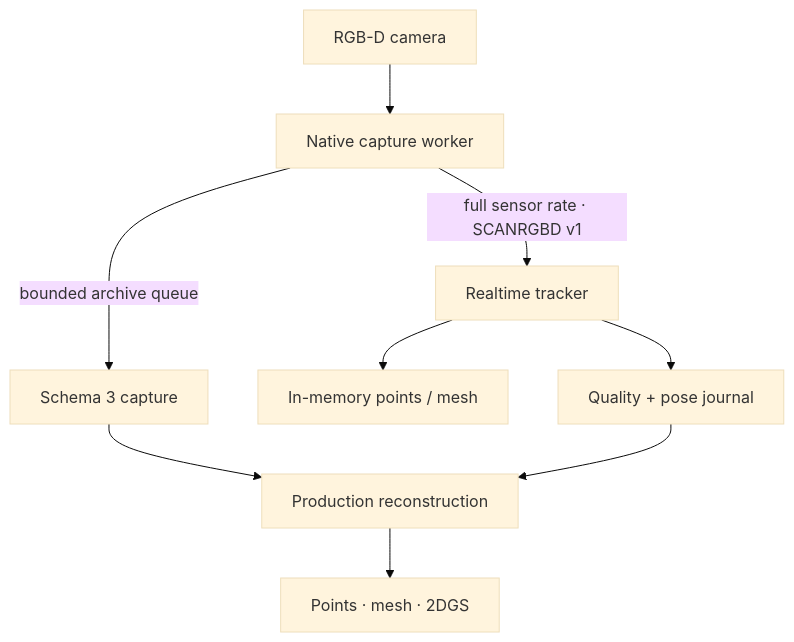
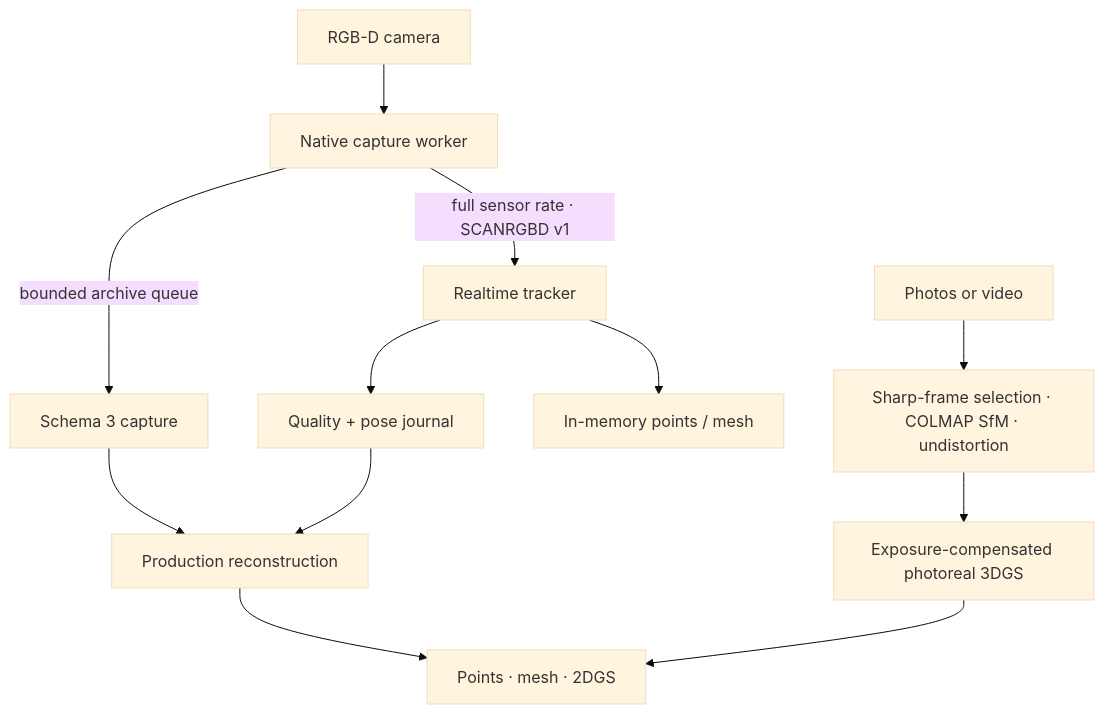
The diagram in README.md (benkuper/ScanLan), drawn with Mermaid (base theme) before and after one commit. The commit also changed other lines of this file and 63 other files, not shown here.

Commit message:
improved mesh and texturing, 2D/2D GS, project management, photos/video

````diff
--- a/README.md
+++ b/README.md
@@ -13,11 +14,14 @@
 ```mermaid
 flowchart TD
     Camera["RGB-D camera"] --> Capture["Native capture worker"]
+    Media["Photos or video"] --> SfM["Sharp-frame selection · COLMAP SfM · undistortion"]
     Capture -->|"full sensor rate · SCANRGBD v1"| Tracker["Realtime tracker"]
     Capture -->|"bounded archive queue"| Archive["Schema 3 capture"]
     Tracker --> Live["In-memory points / mesh"]
     Tracker --> Journal["Quality + pose journal"]
     Archive --> Final["Production reconstruction"]
     Journal --> Final
     Final --> Outputs["Points · mesh · 2DGS"]
+    SfM --> PhotoGS["Exposure-compensated photoreal 3DGS"]
+    PhotoGS --> Outputs
 ```
````
